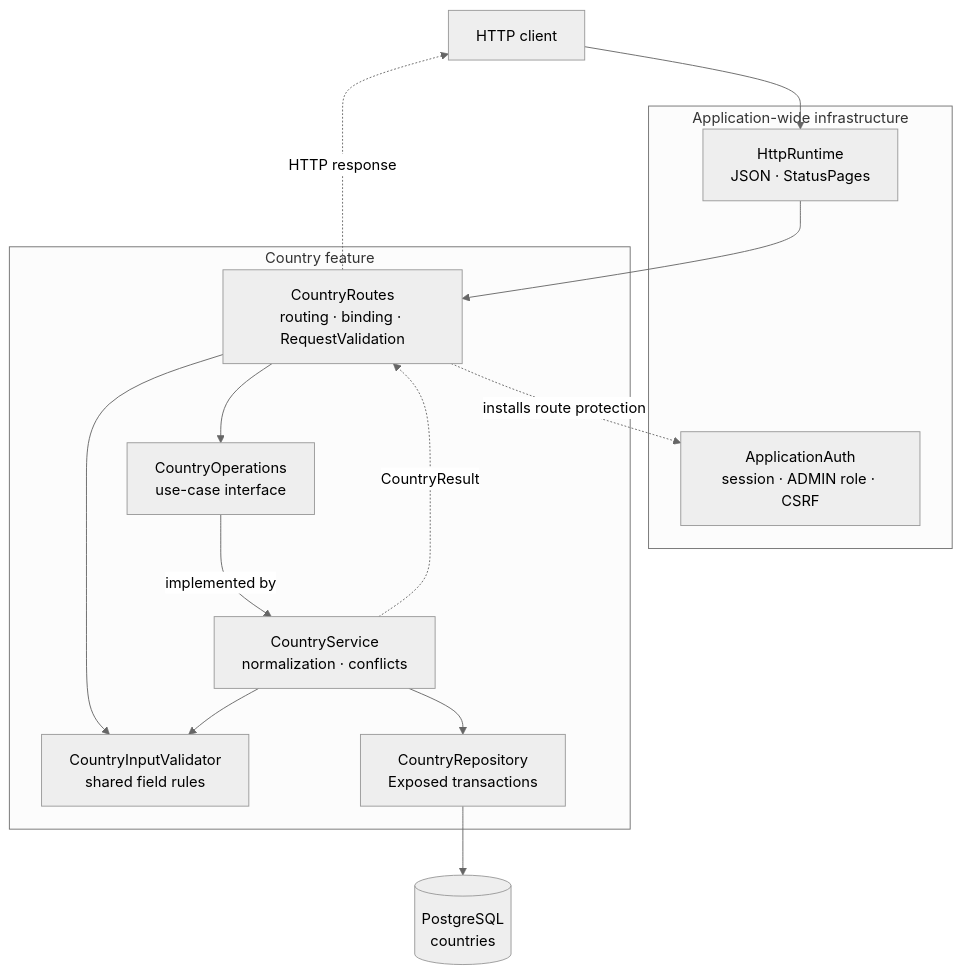
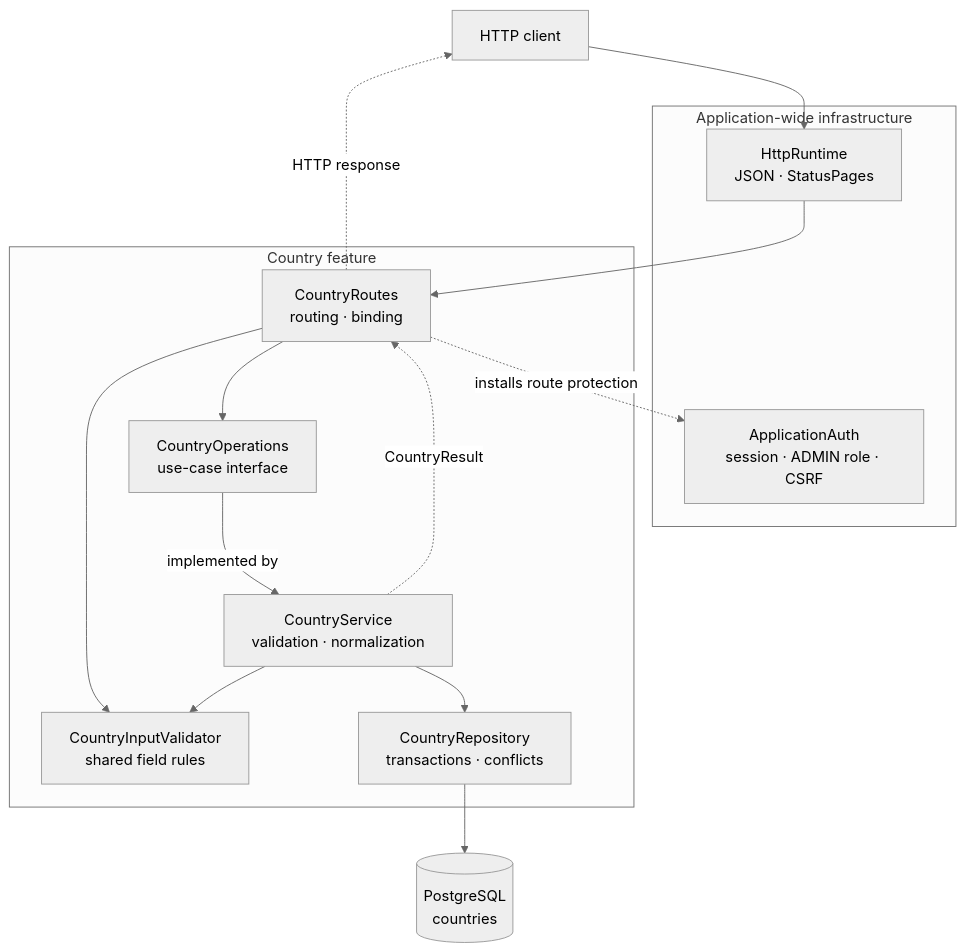
The diagram in docs/dev/backend/country-package.md (bitstorm-tech/voenix-shop-kotlin), drawn with Mermaid (neutral theme) before and after one commit. The commit also changed other lines of this file and 35 other files, not shown here.

````diff
--- a/docs/dev/backend/country-package.md
+++ b/docs/dev/backend/country-package.md
@@ -30,31 +29,31 @@
 ```mermaid
 flowchart TB
     Client["HTTP client"]
 
     subgraph Shared["Application-wide infrastructure"]
         Http["HttpRuntime<br/>JSON · StatusPages"]
         Auth["ApplicationAuth<br/>session · ADMIN role · CSRF"]
     end
 
     subgraph Country["Country feature"]
-        Routes["CountryRoutes<br/>routing · binding · RequestValidation"]
+        Routes["CountryRoutes<br/>routing · binding"]
         Validator["CountryInputValidator<br/>shared field rules"]
         Operations["CountryOperations<br/>use-case interface"]
-        Service["CountryService<br/>normalization · conflicts"]
-        Repository["CountryRepository<br/>Exposed transactions"]
+        Service["CountryService<br/>validation · normalization"]
+        Repository["CountryRepository<br/>transactions · conflicts"]
     end
 
     Database[("PostgreSQL<br/>countries")]
 
     Client --> Http
     Http --> Routes
     Routes -.->|"installs route protection"| Auth
     Routes --> Validator
     Routes --> Operations
     Operations -->|"implemented by"| Service
     Service --> Validator
     Service --> Repository
     Repository --> Database
     Service -.->|"CountryResult"| Routes
     Routes -.->|"HTTP response"| Client
 ```
````
